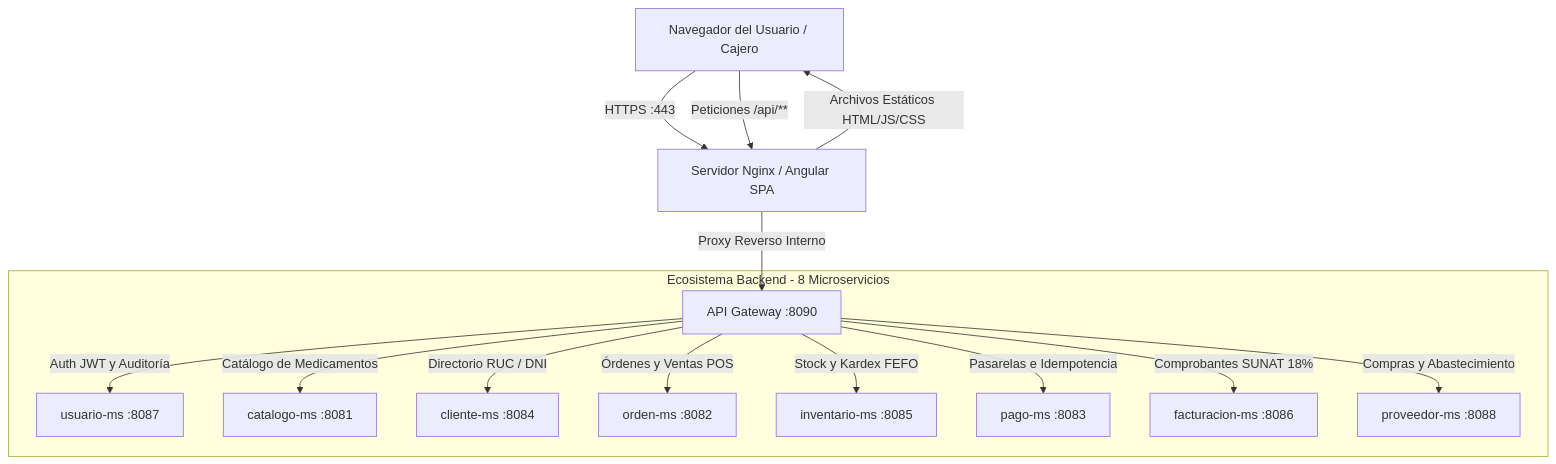
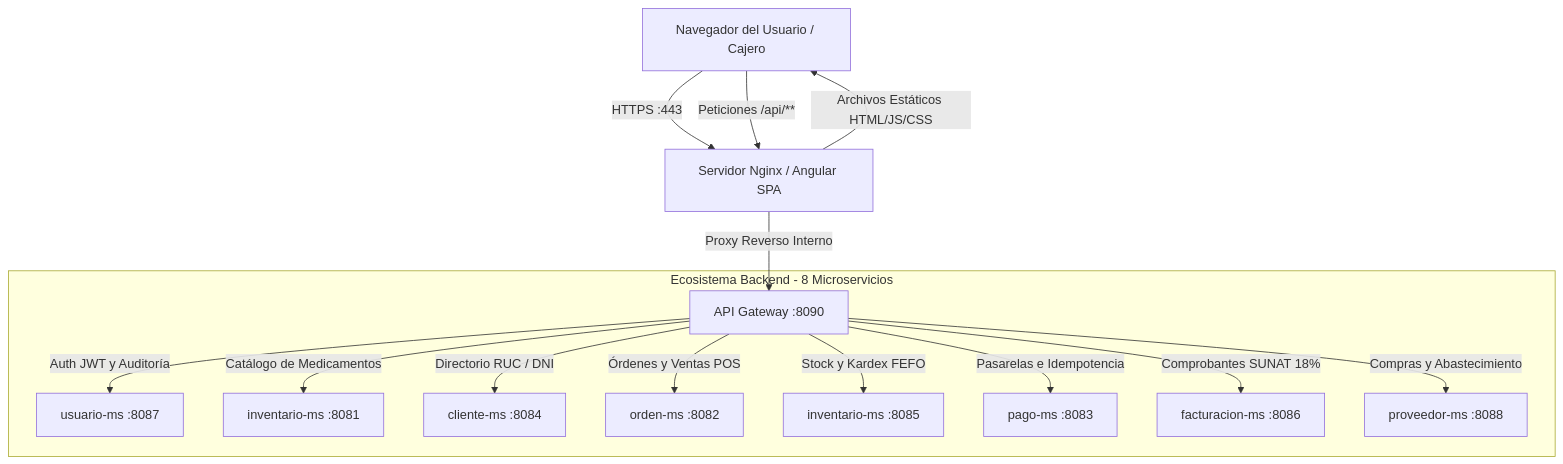
One commit to rbn-69-cod/MediZano_microservicios changed the first of 2 diagrams in docs/sesiones/S11_Integracion_Cliente_Frontend_Angular_Keycloak.md. Above: the diagram before and after it, drawn with Mermaid. The commit also changed 68 other files, not shown here.

````diff
--- a/docs/sesiones/S11_Integracion_Cliente_Frontend_Angular_Keycloak.md
+++ b/docs/sesiones/S11_Integracion_Cliente_Frontend_Angular_Keycloak.md
@@ -27,18 +27,18 @@
 ```mermaid
 flowchart TD
     Browser["Navegador del Usuario / Cajero"] -->|HTTPS :443| Nginx["Servidor Nginx / Angular SPA"]
     Nginx -->|Archivos Estáticos HTML/JS/CSS| Browser
     Browser -->|Peticiones /api/**| Nginx
     Nginx -->|Proxy Reverso Interno| GW["API Gateway :8090"]
     
     subgraph Backend ["Ecosistema Backend - 8 Microservicios"]
       GW -->|Auth JWT y Auditoría| US["usuario-ms :8087"]
-      GW -->|Catálogo de Medicamentos| CA["catalogo-ms :8081"]
+      GW -->|Catálogo de Medicamentos| CA["inventario-ms :8081"]
       GW -->|Directorio RUC / DNI| CL["cliente-ms :8084"]
       GW -->|Órdenes y Ventas POS| ORD["orden-ms :8082"]
       GW -->|Stock y Kardex FEFO| INV["inventario-ms :8085"]
       GW -->|Pasarelas e Idempotencia| PAG["pago-ms :8083"]
       GW -->|Comprobantes SUNAT 18%| FAC["facturacion-ms :8086"]
       GW -->|Compras y Abastecimiento| PRV["proveedor-ms :8088"]
     end
 ```
````
